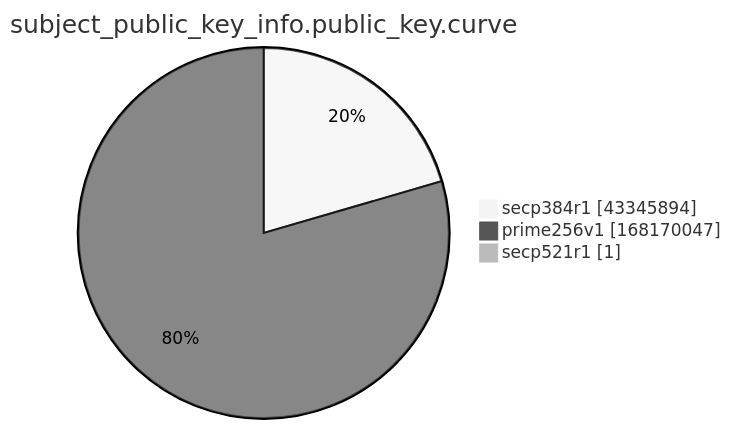
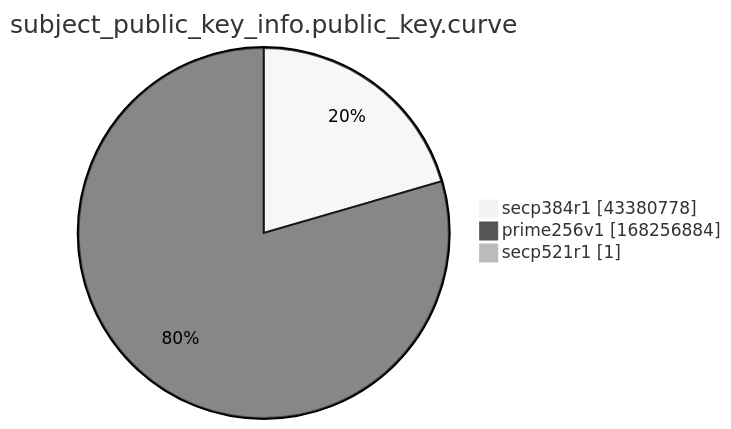
One commit to christiankrug/ctmonitor_visualization changed the ninth of 15 diagrams in xenon2022/README.md. Above: the diagram before and after it, drawn with Mermaid (neutral theme). The commit also changed other lines of this file, not shown here.

````diff
--- a/xenon2022/README.md
+++ b/xenon2022/README.md
@@ -2870,7 +2870,7 @@
 ```mermaid
 pie showData
 title subject_public_key_info.public_key.curve
-"secp384r1" :43345894
-"prime256v1" :168170047
+"secp384r1" :43380778
+"prime256v1" :168256884
 "secp521r1" :1
 ```
````
